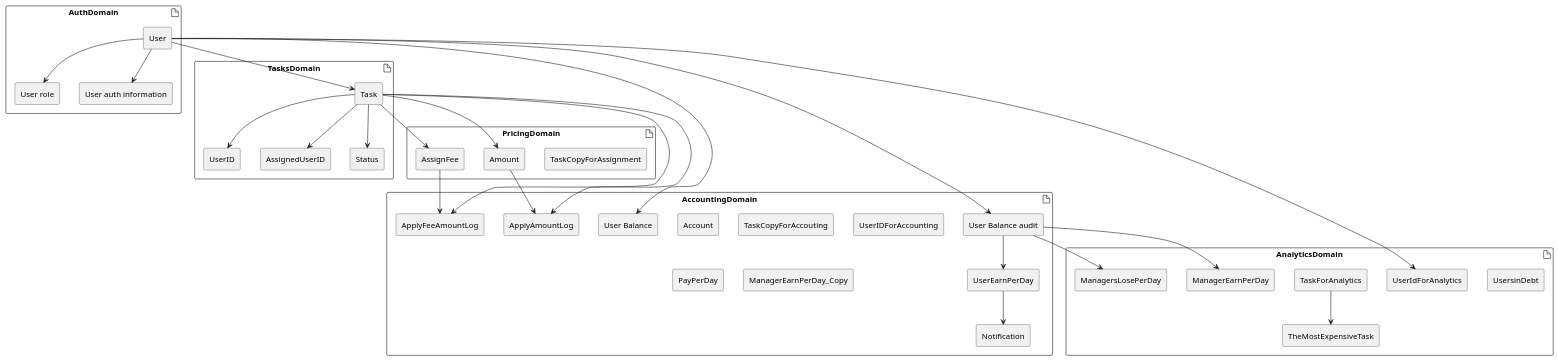
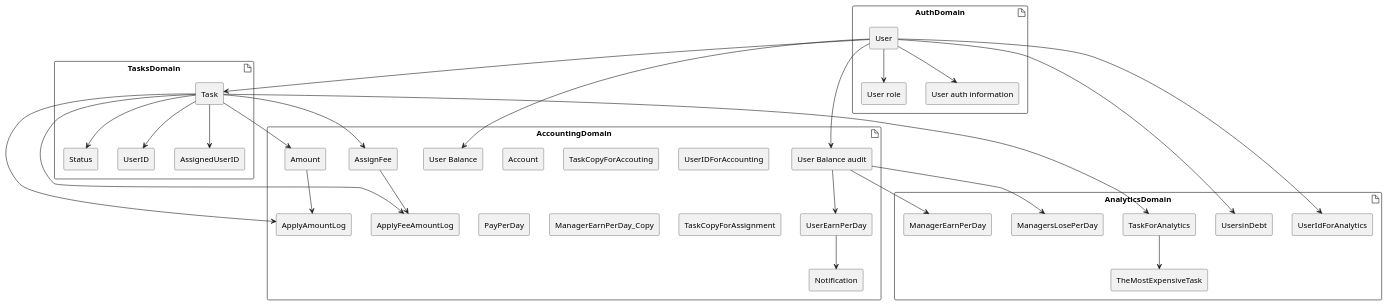
Before and after one commit to ximyro/async_architecture_course: the diagram in docs/domains.plantuml, drawn with PlantUML. The commit also changed 7 other files, not shown here.

```diff
--- a/docs/domains.plantuml
+++ b/docs/domains.plantuml
@@ -1,66 +1,65 @@
 @startuml Domains
 
 artifact AuthDomain {
     rectangle User
     rectangle "User role" as ur
     rectangle "User auth information" as uai
 }
 
 artifact TasksDomain {
     rectangle Task
     rectangle Status
     rectangle UserID
     rectangle AssignedUserID
 }
 
-artifact PricingDomain {
-	rectangle TaskCopyForAssignment	
-    rectangle Amount
-    rectangle AssignFee
-}
-
 artifact AccountingDomain {
     rectangle Account
     rectangle TaskCopyForAccouting
     rectangle UserIDForAccounting
     rectangle UserEarnPerDay
     rectangle "User Balance" as ub
     rectangle "User Balance audit" as uba
     rectangle Notification
     rectangle PayPerDay
     rectangle ManagerEarnPerDay_Copy
     rectangle ApplyFeeAmountLog
     rectangle ApplyAmountLog
+    rectangle TaskCopyForAssignment	
+    rectangle Amount
+    rectangle AssignFee
 }
 
 artifact AnalyticsDomain {
     rectangle UsersinDebt
     rectangle UserIdForAnalytics
     rectangle TaskForAnalytics
     rectangle TheMostExpensiveTask
     rectangle ManagerEarnPerDay
     rectangle ManagersLosePerDay
 }
 
 
 User --> ur
 User --> uai
 User --> ub
 User --> uba
 User --> Task
 Task --> Status
 Task --> Amount
 Task --> UserID
 Task --> AssignedUserID
 Task --> AssignFee
 uba --> UserEarnPerDay
 uba --> ManagerEarnPerDay
 uba --> ManagersLosePerDay
 UserEarnPerDay --> Notification
 User --> UserIdForAnalytics
 TaskForAnalytics --> TheMostExpensiveTask
 Task --> ApplyFeeAmountLog
 Task --> ApplyAmountLog
 AssignFee --> ApplyFeeAmountLog
+Task --> TaskForAnalytics
+User --> UsersinDebt
 Amount --> ApplyAmountLog
 @enduml
```
